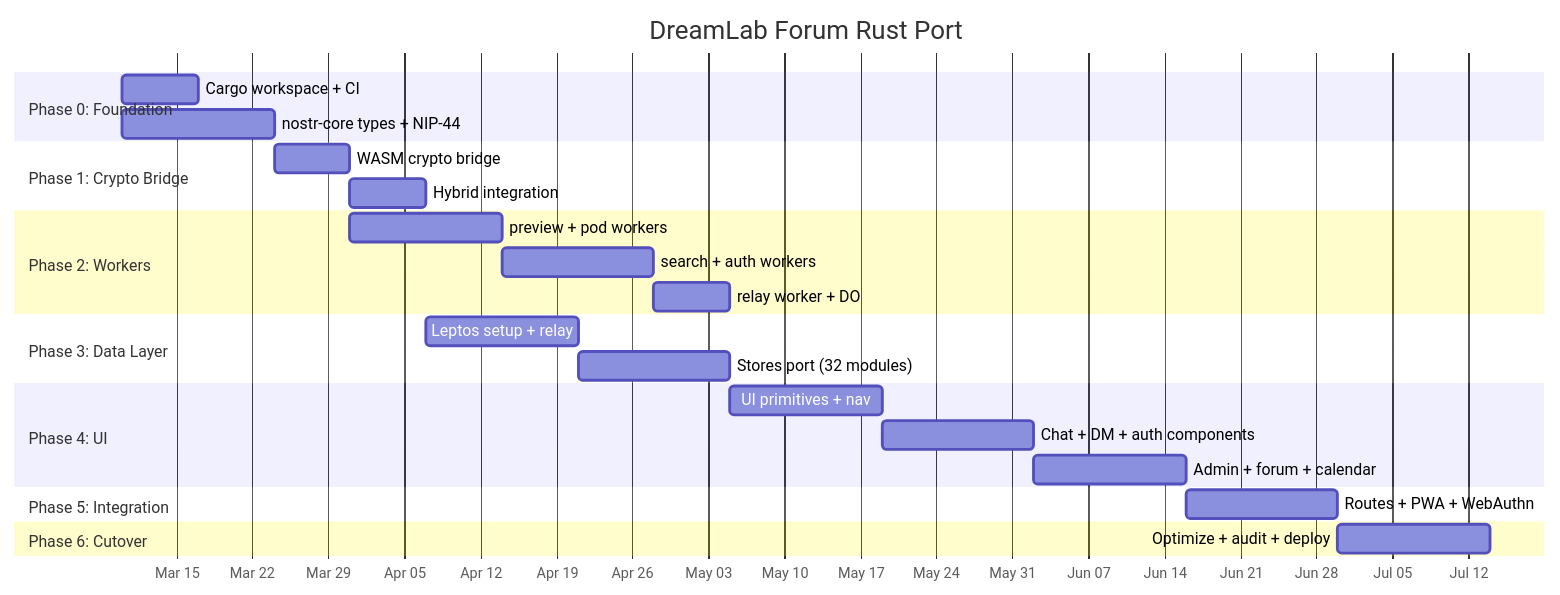
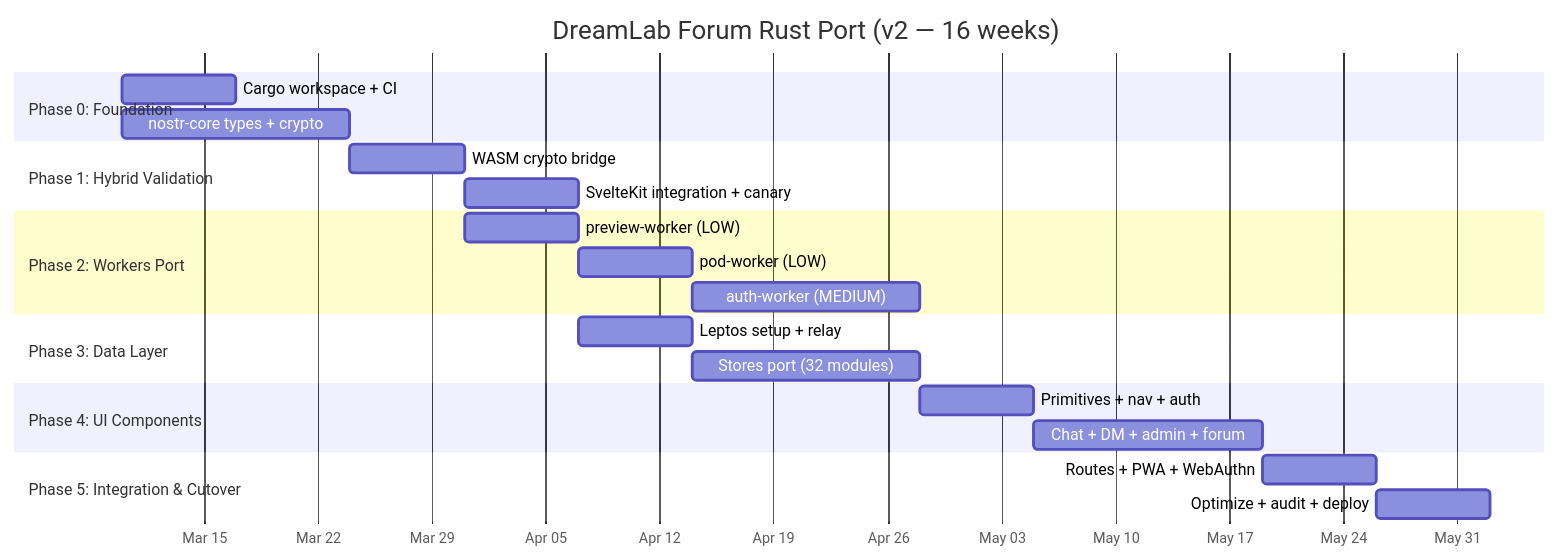
One commit to DreamLab-AI/dreamlab-ai-website changed the diagram in docs/prd-rust-port.md. Above: the diagram before and after it, drawn with Mermaid. The commit also changed other lines of this file and 291 other files, not shown here.

First line of the commit message:
Replace docs with Rust port documentation set (28 files)

````diff
--- a/docs/prd-rust-port.md
+++ b/docs/prd-rust-port.md
@@ -439,34 +540,31 @@
 ```mermaid
 gantt
-    title DreamLab Forum Rust Port
+    title DreamLab Forum Rust Port (v2 — 16 weeks)
     dateFormat YYYY-MM-DD
     axisFormat %b %d
 
     section Phase 0: Foundation
     Cargo workspace + CI           :p0a, 2026-03-10, 7d
-    nostr-core types + NIP-44      :p0b, 2026-03-10, 14d
+    nostr-core types + crypto      :p0b, 2026-03-10, 14d
 
-    section Phase 1: Crypto Bridge
+    section Phase 1: Hybrid Validation
     WASM crypto bridge             :p1a, after p0b, 7d
-    Hybrid integration             :p1b, after p1a, 7d
+    SvelteKit integration + canary :p1b, after p1a, 7d
 
-    section Phase 2: Workers
-    preview + pod workers          :p2a, after p1a, 14d
-    search + auth workers          :p2b, after p2a, 14d
-    relay worker + DO              :p2c, after p2b, 7d
+    section Phase 2: Workers Port
+    preview-worker (LOW)           :p2a, after p1a, 7d
+    pod-worker (LOW)               :p2b, after p2a, 7d
+    auth-worker (MEDIUM)           :p2c, after p2b, 14d
 
     section Phase 3: Data Layer
-    Leptos setup + relay           :p3a, after p1b, 14d
+    Leptos setup + relay           :p3a, after p1b, 7d
     Stores port (32 modules)       :p3b, after p3a, 14d
 
-    section Phase 4: UI
-    UI primitives + nav            :p4a, after p3b, 14d
-    Chat + DM + auth components    :p4b, after p4a, 14d
-    Admin + forum + calendar       :p4c, after p4b, 14d
+    section Phase 4: UI Components
+    Primitives + nav + auth        :p4a, after p3b, 7d
+    Chat + DM + admin + forum      :p4b, after p4a, 14d
 
-    section Phase 5: Integration
-    Routes + PWA + WebAuthn        :p5a, after p4c, 14d
-
-    section Phase 6: Cutover
-    Optimize + audit + deploy      :p6a, after p5a, 14d
+    section Phase 5: Integration & Cutover
+    Routes + PWA + WebAuthn        :p5a, after p4b, 7d
+    Optimize + audit + deploy      :p5b, after p5a, 7d
 ```
````
